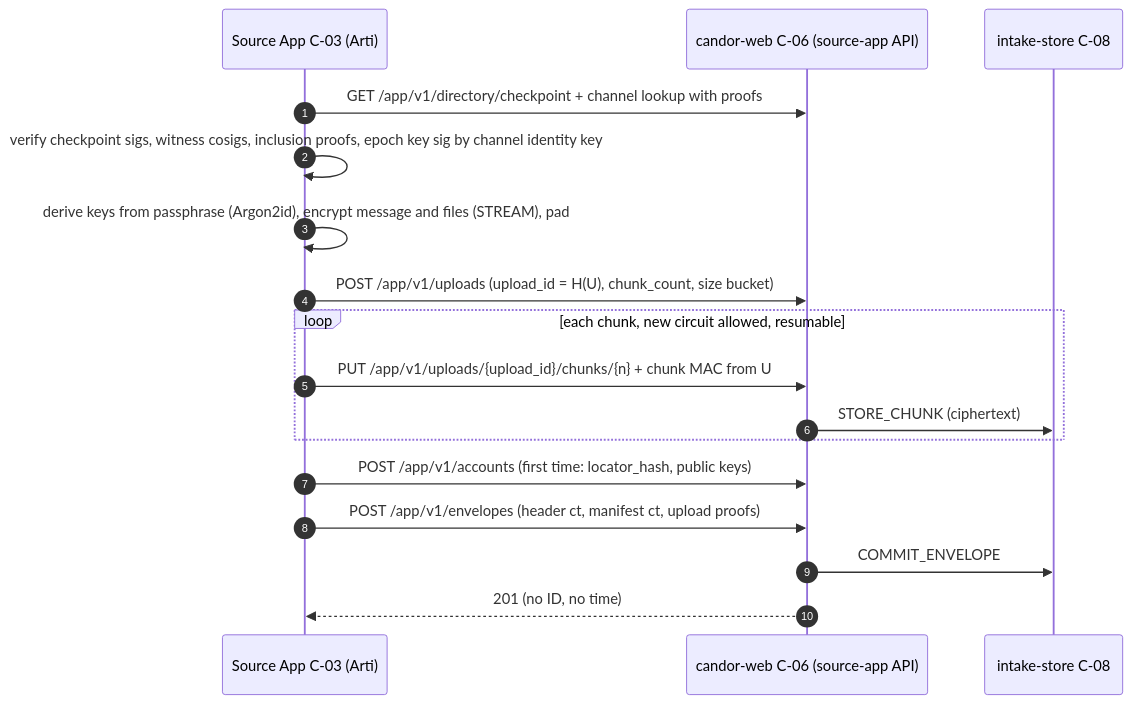
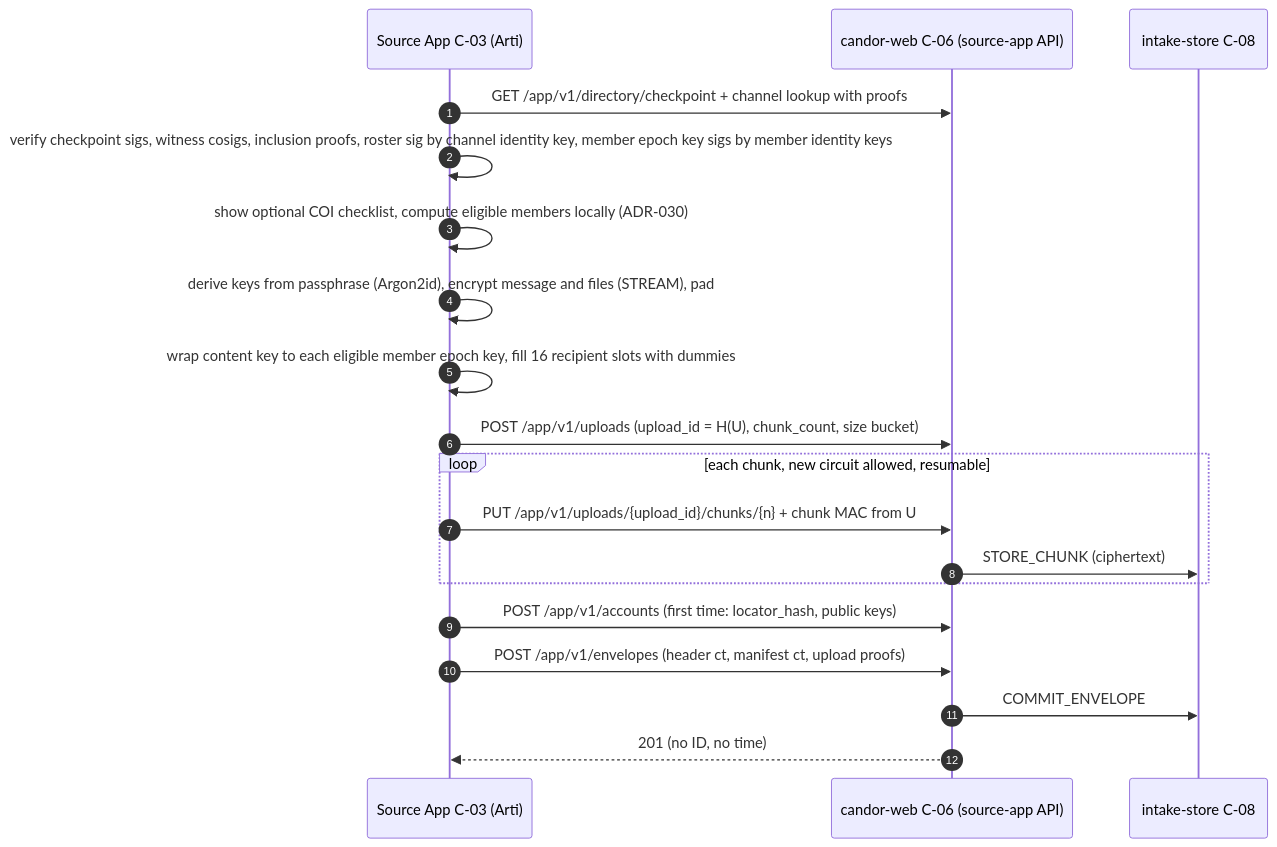
Before and after one commit to djshellshoxxx/leaks: the seventh of 12 diagrams in specs/06-SYSTEM-ARCHITECTURE.md, drawn with Mermaid. The commit also changed other lines of this file and 14 other files, not shown here.

````diff
--- a/specs/06-SYSTEM-ARCHITECTURE.md
+++ b/specs/06-SYSTEM-ARCHITECTURE.md
@@ -377,19 +381,21 @@
 ```mermaid
 sequenceDiagram
   autonumber
   participant A as Source App C-03 (Arti)
   participant W as candor-web C-06 (source-app API)
   participant I as intake-store C-08
   A->>W: GET /app/v1/directory/checkpoint + channel lookup with proofs
-  A->>A: verify checkpoint sigs, witness cosigs, inclusion proofs, epoch key sig by channel identity key
+  A->>A: verify checkpoint sigs, witness cosigs, inclusion proofs, roster sig by channel identity key, member epoch key sigs by member identity keys
+  A->>A: show optional COI checklist, compute eligible members locally (ADR-030)
   A->>A: derive keys from passphrase (Argon2id), encrypt message and files (STREAM), pad
+  A->>A: wrap content key to each eligible member epoch key, fill 16 recipient slots with dummies
   A->>W: POST /app/v1/uploads (upload_id = H(U), chunk_count, size bucket)
   loop each chunk, new circuit allowed, resumable
     A->>W: PUT /app/v1/uploads/{upload_id}/chunks/{n} + chunk MAC from U
     W->>I: STORE_CHUNK (ciphertext)
   end
   A->>W: POST /app/v1/accounts (first time: locator_hash, public keys)
   A->>W: POST /app/v1/envelopes (header ct, manifest ct, upload proofs)
   W->>I: COMMIT_ENVELOPE
   W-->>A: 201 (no ID, no time)
 ```
````
